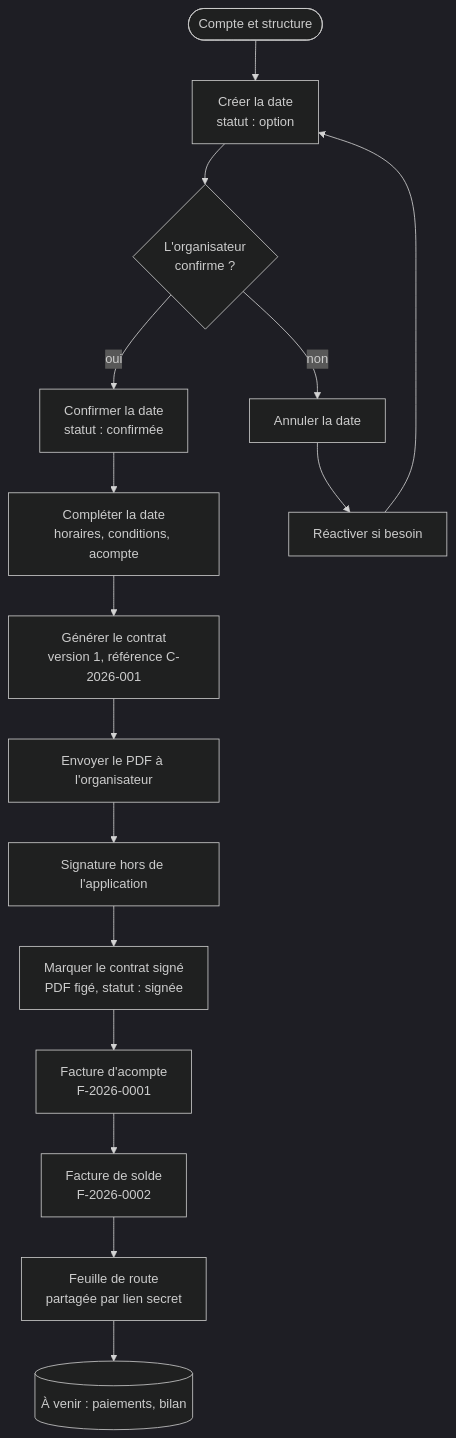
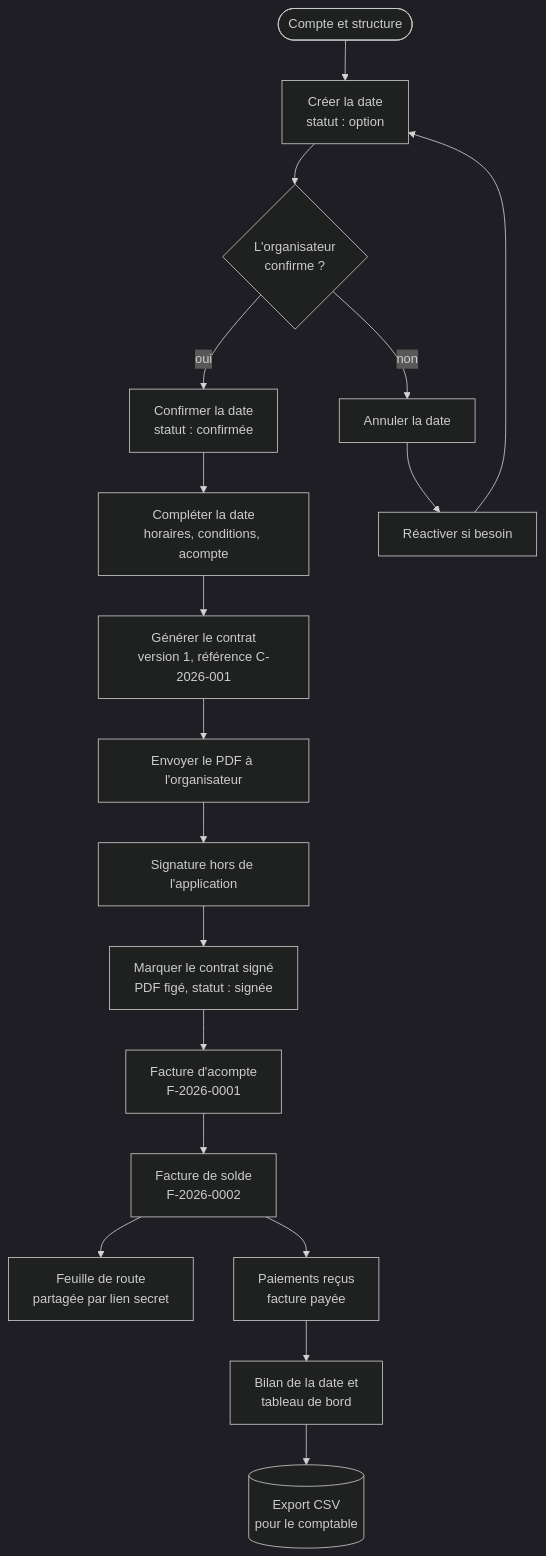
Before and after one commit to GaetanCSimplon/spectacle_vivant: the second of 16 diagrams in docs/09-cas-d-usage-et-diagrammes.md, drawn with Mermaid (dark theme). The commit also changed other lines of this file and 2 other files, not shown here.

Commit message:
Update summary, diagrams and plain-language overview after Sprint 3.7

````diff
--- a/docs/09-cas-d-usage-et-diagrammes.md
+++ b/docs/09-cas-d-usage-et-diagrammes.md
@@ -114,18 +146,20 @@
 ```mermaid
 flowchart TD
     A([Compte et structure]) --> B[Créer la date<br/>statut : option]
     B --> C{L'organisateur<br/>confirme ?}
     C -- non --> X[Annuler la date]
     C -- oui --> D[Confirmer la date<br/>statut : confirmée]
     D --> E[Compléter la date<br/>horaires, conditions, acompte]
     E --> F[Générer le contrat<br/>version 1, référence C-2026-001]
     F --> G[Envoyer le PDF à l'organisateur]
     G --> H[Signature hors de l'application]
     H --> I[Marquer le contrat signé<br/>PDF figé, statut : signée]
     I --> J[Facture d'acompte<br/>F-2026-0001]
     J --> K[Facture de solde<br/>F-2026-0002]
     K --> M[Feuille de route<br/>partagée par lien secret]
-    M --> L[("À venir : paiements, bilan")]
+    K --> P[Paiements reçus<br/>facture payée]
+    P --> Q[Bilan de la date et<br/>tableau de bord]
+    Q --> L[("Export CSV<br/>pour le comptable")]
     X --> R[Réactiver si besoin]
     R --> B
 ```
````
